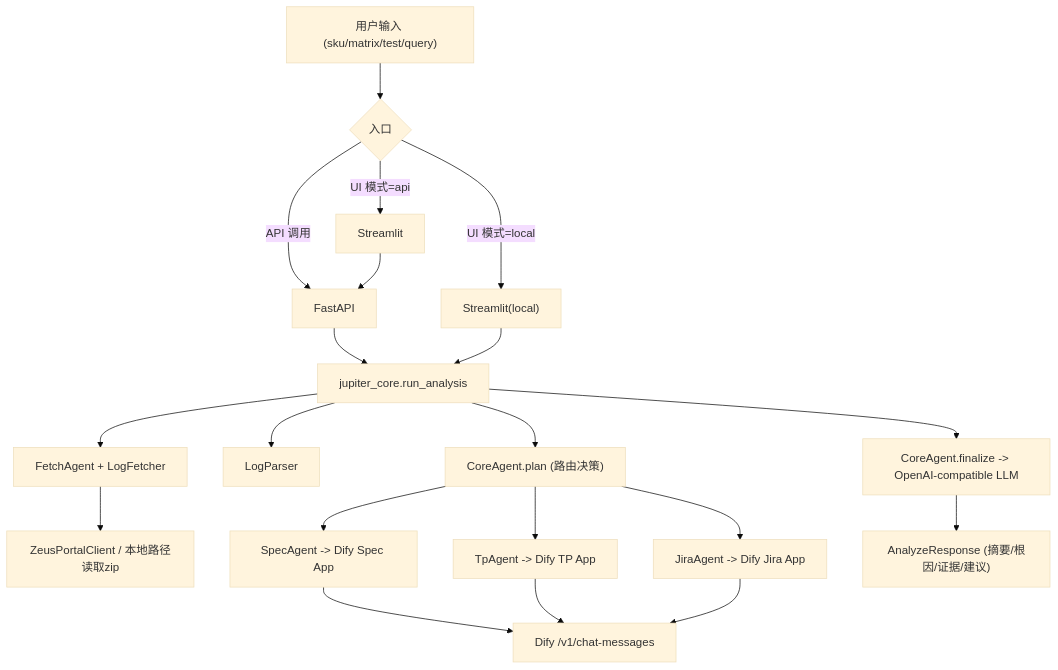
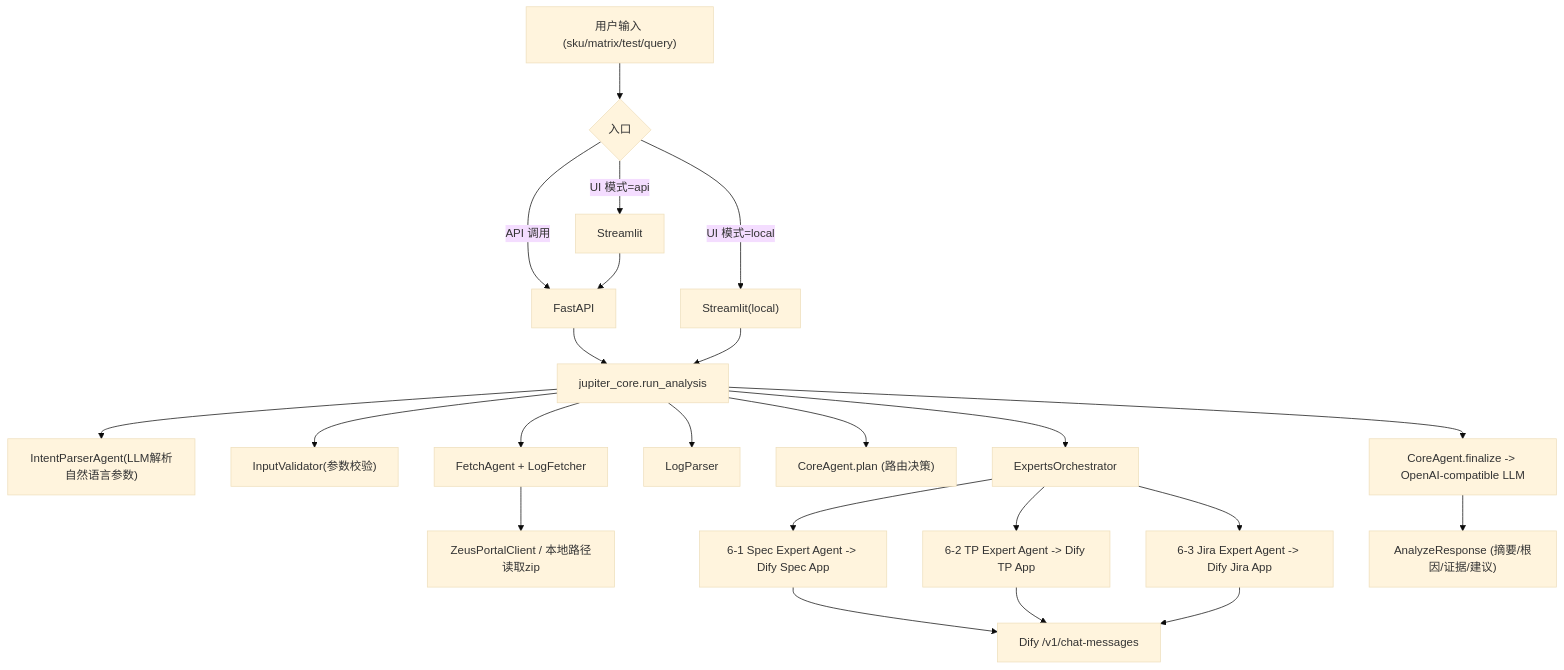
One commit to jonhncatt/jupiter changed the second of 3 diagrams in README.md. Above: the diagram before and after it, drawn with Mermaid (base theme). The commit also changed other lines of this file and 10 other files, not shown here.

Commit message:
feat: add intent parsing and input validation nodes

````diff
--- a/README.md
+++ b/README.md
@@ -46,24 +48,27 @@
 ```mermaid
 flowchart TB
 REQ["用户输入 (sku/matrix/test/query)"] --> ENTRY{"入口"}
 ENTRY -->|UI 模式=api| FE["Streamlit"]
 ENTRY -->|API 调用| API["FastAPI"]
 ENTRY -->|UI 模式=local| FELOCAL["Streamlit(local)"]
 
 FE --> API
 API --> WF["jupiter_core.run_analysis"]
 FELOCAL --> WF
 
+WF --> INTENT["IntentParserAgent(LLM解析自然语言参数)"]
+WF --> VALIDATE["InputValidator(参数校验)"]
 WF --> FETCH["FetchAgent + LogFetcher"]
 FETCH --> ZEUS["ZeusPortalClient / 本地路径读取zip"]
 WF --> PARSE["LogParser"]
 WF --> COREPLAN["CoreAgent.plan (路由决策)"]
-COREPLAN --> SPEC["SpecAgent -> Dify Spec App"]
-COREPLAN --> TP["TpAgent -> Dify TP App"]
-COREPLAN --> JIRA["JiraAgent -> Dify Jira App"]
+WF --> EXP["ExpertsOrchestrator"]
+EXP --> SPEC["6-1 Spec Expert Agent -> Dify Spec App"]
+EXP --> TP["6-2 TP Expert Agent -> Dify TP App"]
+EXP --> JIRA["6-3 Jira Expert Agent -> Dify Jira App"]
 SPEC --> DIFY["Dify /v1/chat-messages"]
 TP --> DIFY
 JIRA --> DIFY
 WF --> FINAL["CoreAgent.finalize -> OpenAI-compatible LLM"]
 FINAL --> RESP["AnalyzeResponse (摘要/根因/证据/建议)"]
 ```
````
